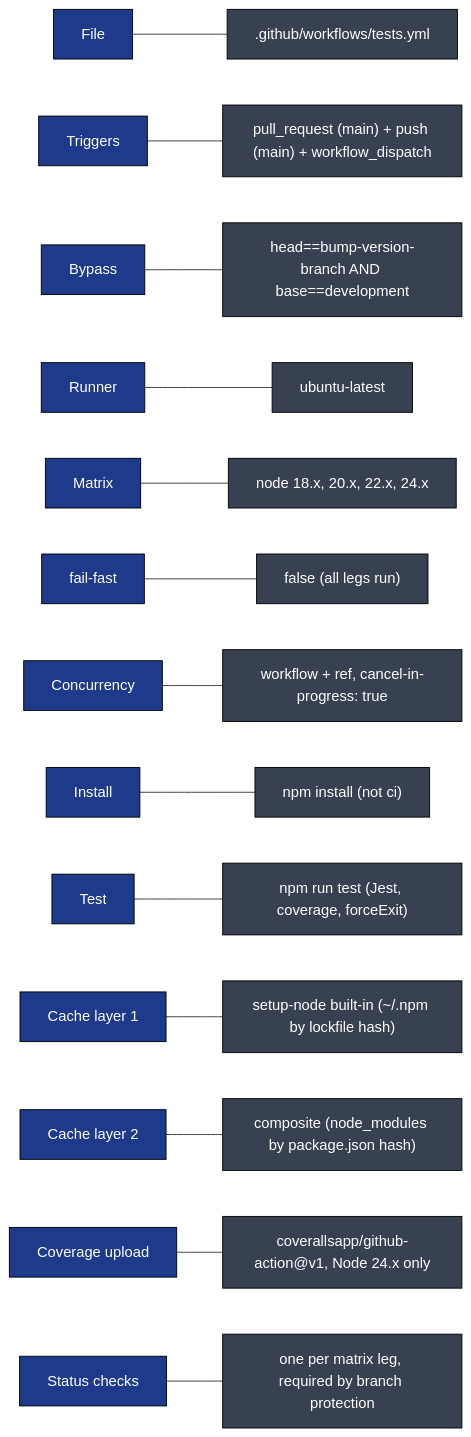
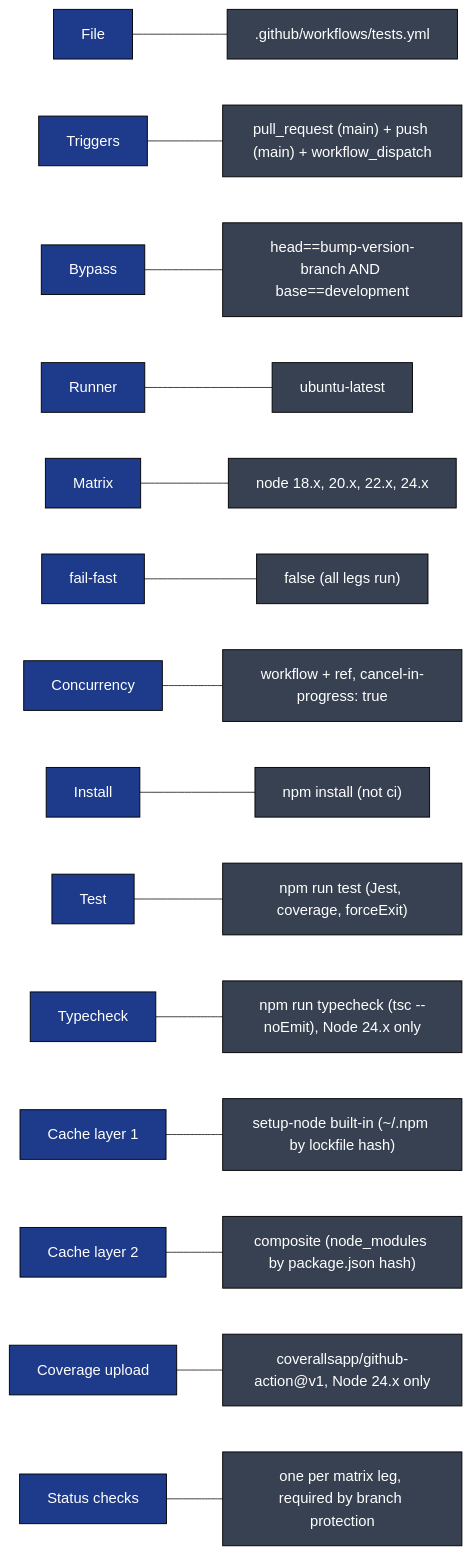
One commit to llm-exe/llm-exe changed the ninth of 9 diagrams in .github/docs/TESTS_DEEP_DIVE.md. Above: the diagram before and after it, drawn with Mermaid. The commit also changed other lines of this file and 4 other files, not shown here.

````diff
--- a/.github/docs/TESTS_DEEP_DIVE.md
+++ b/.github/docs/TESTS_DEEP_DIVE.md
@@ -356,19 +371,20 @@
 ```mermaid
 flowchart LR
     classDef k fill:#1e3a8a,color:#fff,stroke:#000
     classDef v fill:#374151,color:#fff,stroke:#000
 
     K1["File"]:::k --- V1[".github/workflows/tests.yml"]:::v
     K2["Triggers"]:::k --- V2["pull_request (main) + push (main) + workflow_dispatch"]:::v
     K3["Bypass"]:::k --- V3["head==bump-version-branch AND base==development"]:::v
     K4["Runner"]:::k --- V4["ubuntu-latest"]:::v
     K5["Matrix"]:::k --- V5["node 18.x, 20.x, 22.x, 24.x"]:::v
     K6["fail-fast"]:::k --- V6["false (all legs run)"]:::v
     K7["Concurrency"]:::k --- V7["workflow + ref, cancel-in-progress: true"]:::v
     K8["Install"]:::k --- V8["npm install (not ci)"]:::v
     K9["Test"]:::k --- V9["npm run test (Jest, coverage, forceExit)"]:::v
+    K9b["Typecheck"]:::k --- V9b["npm run typecheck (tsc --noEmit), Node 24.x only"]:::v
     K10["Cache layer 1"]:::k --- V10["setup-node built-in (~/.npm by lockfile hash)"]:::v
     K11["Cache layer 2"]:::k --- V11["composite (node_modules by package.json hash)"]:::v
     K12["Coverage upload"]:::k --- V12["coverallsapp/github-action@v1, Node 24.x only"]:::v
     K13["Status checks"]:::k --- V13["one per matrix leg, required by branch protection"]:::v
 ```
````
